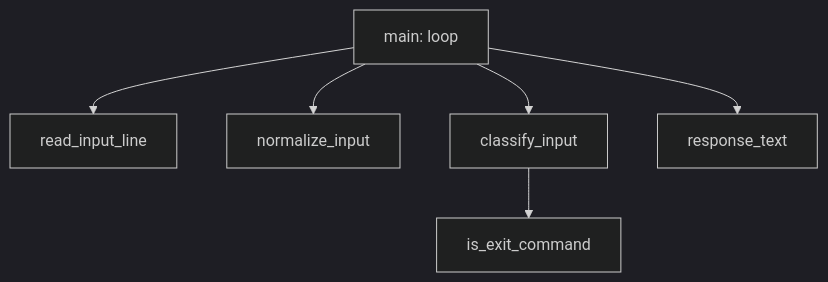
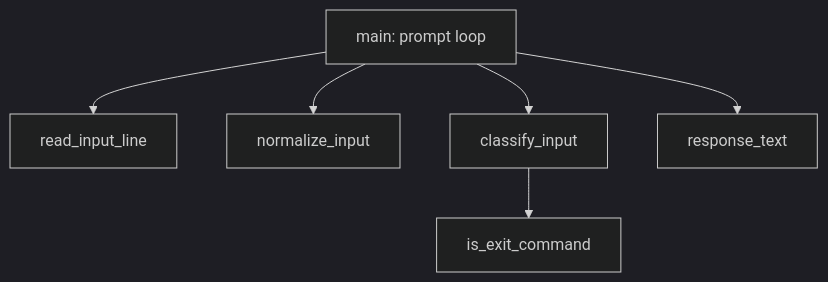
One commit to Brajesh31/chatbot-C- changed the second of 5 diagrams in docs/diagrams.md. Above: the diagram before and after it, drawn with Mermaid (dark theme). The commit also changed other lines of this file and 4 other files, not shown here.

Commit message:
Expand architecture, data flow, security and maintenance documentation

```diff
--- a/docs/diagrams.md
+++ b/docs/diagrams.md
@@ -19,14 +21,14 @@
 ~~~mermaid
 flowchart TD
-    Main[main: loop]
+    Main[main: prompt loop]
     Reader[read_input_line]
     Normalize[normalize_input]
     Rules[classify_input]
     Exit[is_exit_command]
-    Map[response_text]
+    Mapper[response_text]
     Main --> Reader
     Main --> Normalize
     Main --> Rules
-    Main --> Map
     Rules --> Exit
+    Main --> Mapper
 ~~~
```
